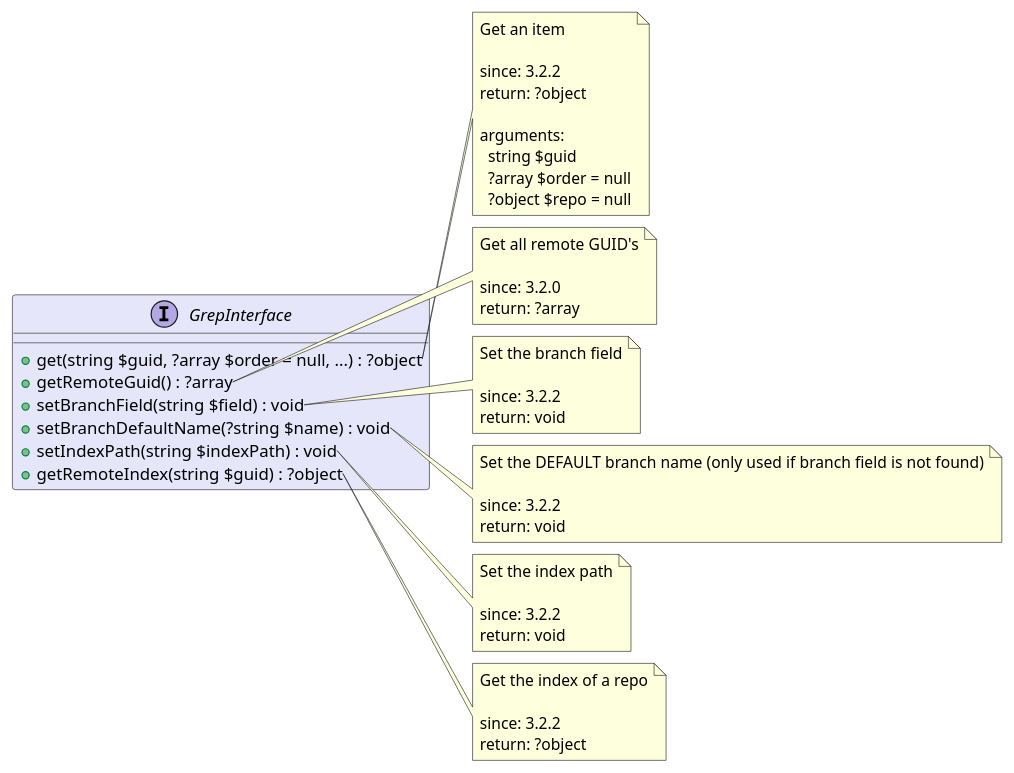
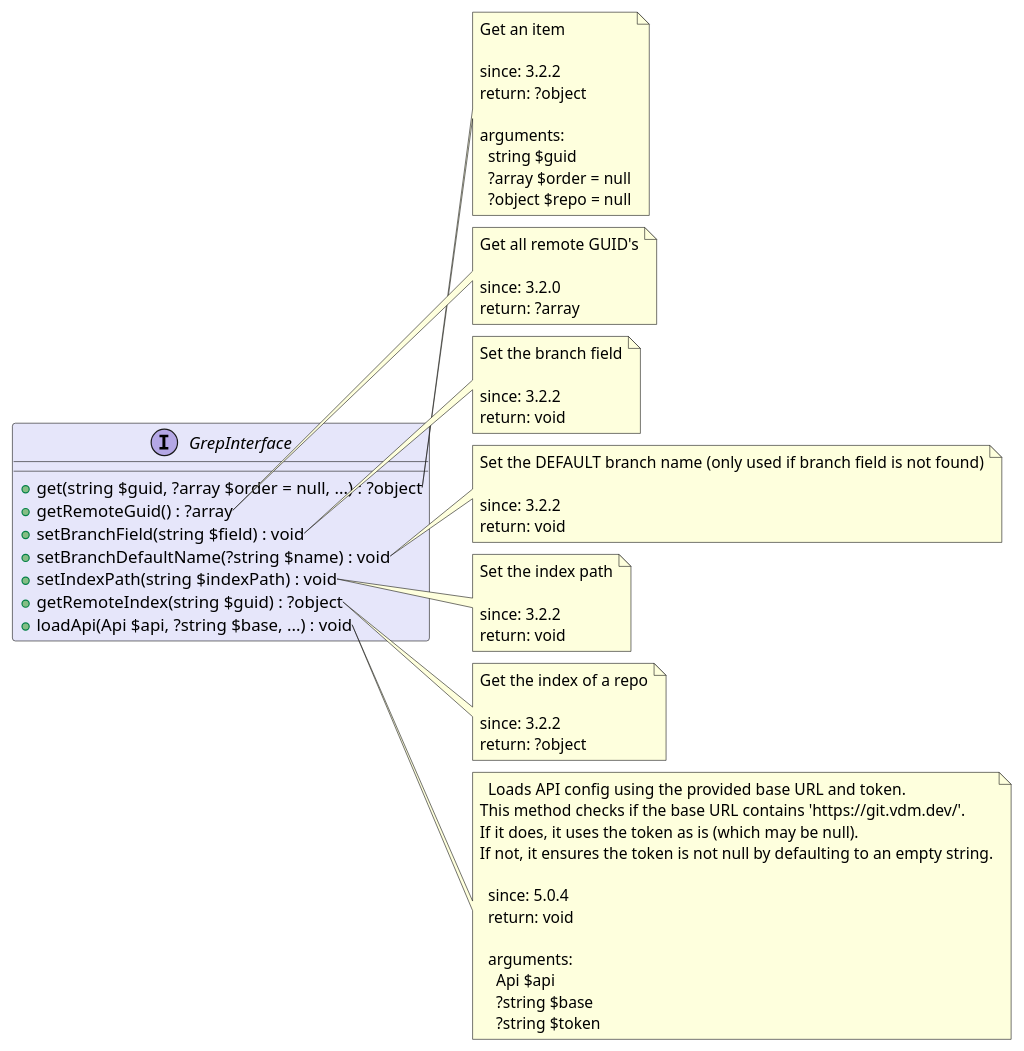
The diagram in src/c182506a-ab84-439c-b962-1e606b58d545/README.md (joomengine/super-powers), drawn with PlantUML before and after one commit. The commit also changed 53 other files, not shown here.

````diff
--- a/src/c182506a-ab84-439c-b962-1e606b58d545/README.md
+++ b/src/c182506a-ab84-439c-b962-1e606b58d545/README.md
@@ -12,60 +12,76 @@
 ```uml
 @startuml
 interface GrepInterface  #Lavender {
   + get(string $guid, ?array $order = null, ...) : ?object
   + getRemoteGuid() : ?array
   + setBranchField(string $field) : void
   + setBranchDefaultName(?string $name) : void
   + setIndexPath(string $indexPath) : void
   + getRemoteIndex(string $guid) : ?object
+  + loadApi(Api $api, ?string $base, ...) : void
 }
 
 note right of GrepInterface::get
   Get an item
 
   since: 3.2.2
   return: ?object
   
   arguments:
     string $guid
     ?array $order = null
     ?object $repo = null
 end note
 
 note right of GrepInterface::getRemoteGuid
   Get all remote GUID's
 
   since: 3.2.0
   return: ?array
 end note
 
 note right of GrepInterface::setBranchField
   Set the branch field
 
   since: 3.2.2
   return: void
 end note
 
 note right of GrepInterface::setBranchDefaultName
   Set the DEFAULT branch name (only used if branch field is not found)
 
   since: 3.2.2
   return: void
 end note
 
 note right of GrepInterface::setIndexPath
   Set the index path
 
   since: 3.2.2
   return: void
 end note
 
 note right of GrepInterface::getRemoteIndex
   Get the index of a repo
 
   since: 3.2.2
   return: ?object
 end note
+
+note right of GrepInterface::loadApi
+  Loads API config using the provided base URL and token.
+This method checks if the base URL contains 'https://git.vdm.dev/'.
+If it does, it uses the token as is (which may be null).
+If not, it ensures the token is not null by defaulting to an empty string.
+
+  since: 5.0.4
+  return: void
+  
+  arguments:
+    Api $api
+    ?string $base
+    ?string $token
+end note
  
 @enduml
 ```
````
